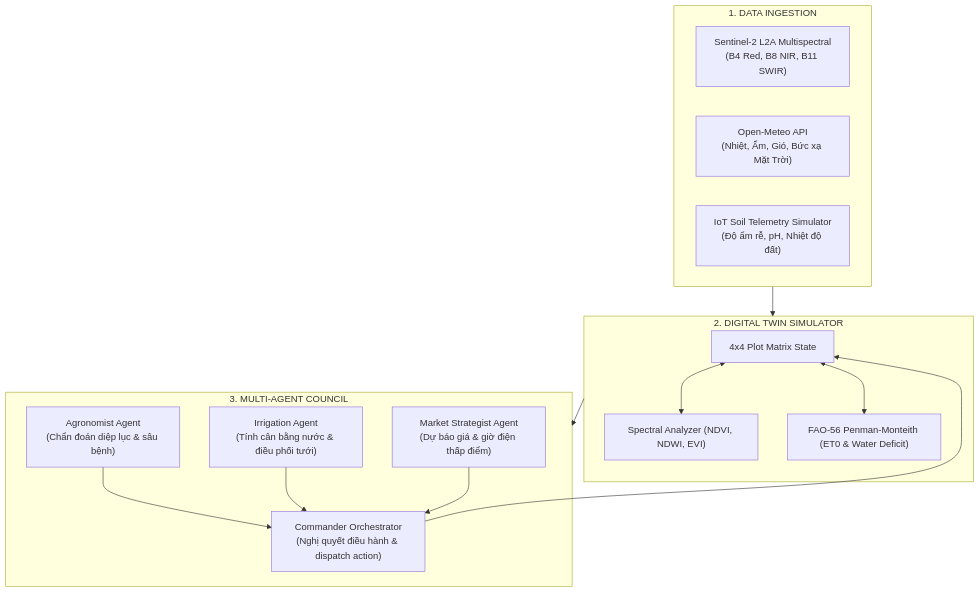
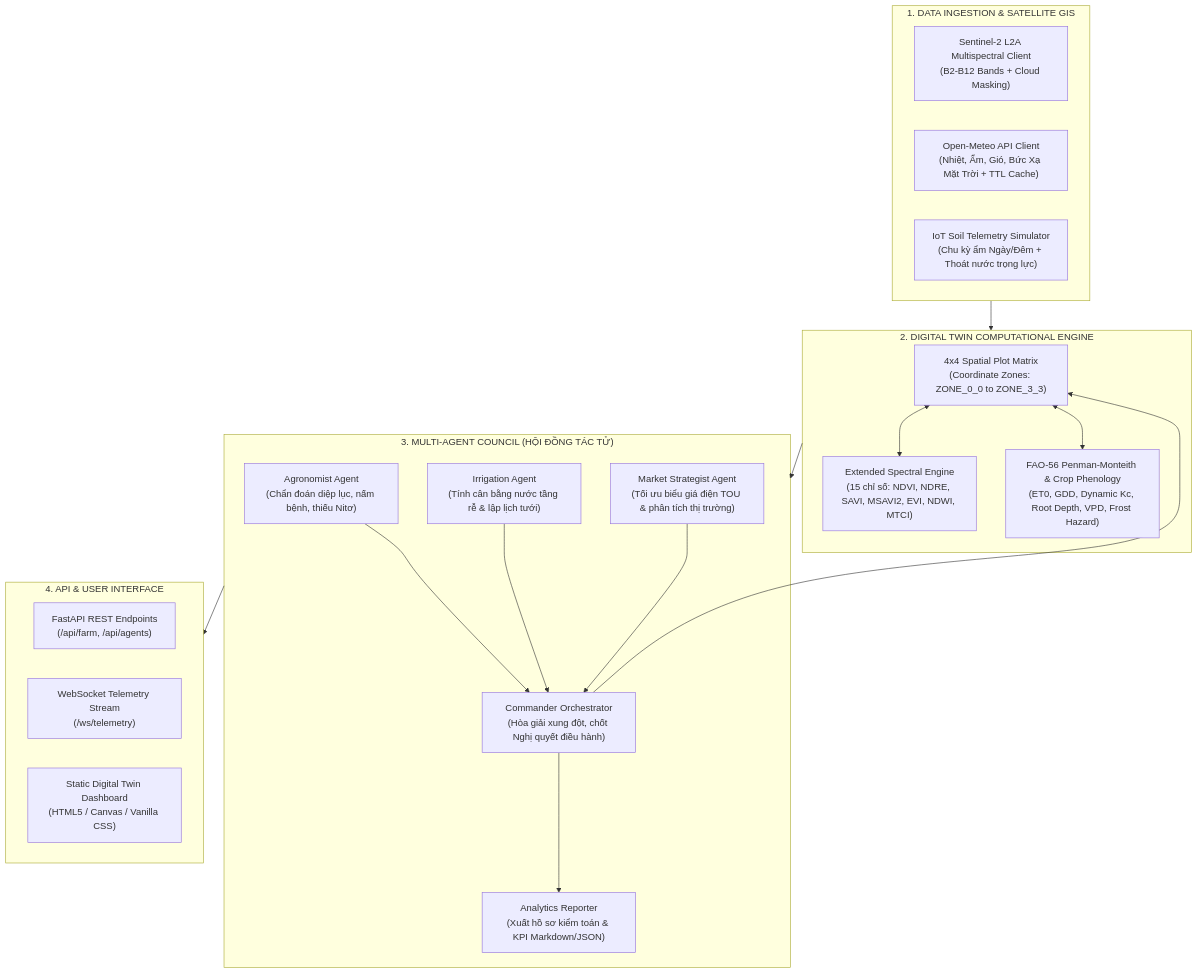
Before and after one commit to BaoNguyenz/farm_com: the diagram in README.md, drawn with Mermaid. The commit also changed other lines of this file and 17 other files, not shown here.

````diff
--- a/README.md
+++ b/README.md
@@ -10,31 +16,40 @@
 ```mermaid
 flowchart TB
-    subgraph DataLayer ["1. DATA INGESTION"]
-        S2["Sentinel-2 L2A Multispectral\n(B4 Red, B8 NIR, B11 SWIR)"]
-        Weather["Open-Meteo API\n(Nhiệt, Ẩm, Gió, Bức xạ Mặt Trời)"]
-        Sensors["IoT Soil Telemetry Simulator\n(Độ ẩm rễ, pH, Nhiệt độ đất)"]
+    subgraph DataLayer ["1. DATA INGESTION & SATELLITE GIS"]
+        S2["Sentinel-2 L2A Multispectral Client\n(B2-B12 Bands + Cloud Masking)"]
+        Weather["Open-Meteo API Client\n(Nhiệt, Ẩm, Gió, Bức Xạ Mặt Trời + TTL Cache)"]
+        Sensors["IoT Soil Telemetry Simulator\n(Chu kỳ ẩm Ngày/Đêm + Thoát nước trọng lực)"]
     end
 
-    subgraph TwinEngine ["2. DIGITAL TWIN SIMULATOR"]
-        Grid["4x4 Plot Matrix State"]
-        NDVI_Calc["Spectral Analyzer (NDVI, NDWI, EVI)"]
-        BioModel["FAO-56 Penman-Monteith (ET0 & Water Deficit)"]
+    subgraph TwinEngine ["2. DIGITAL TWIN COMPUTATIONAL ENGINE"]
+        Grid["4x4 Spatial Plot Matrix\n(Coordinate Zones: ZONE_0_0 to ZONE_3_3)"]
+        SpectralEngine["Extended Spectral Engine\n(15 chỉ số: NDVI, NDRE, SAVI, MSAVI2, EVI, NDWI, MTCI)"]
+        BioModel["FAO-56 Penman-Monteith & Crop Phenology\n(ET0, GDD, Dynamic Kc, Root Depth, VPD, Frost Hazard)"]
         Grid <--> BioModel
-        Grid <--> NDVI_Calc
+        Grid <--> SpectralEngine
     end
 
-    subgraph AgentSwarm ["3. MULTI-AGENT COUNCIL"]
-        Doctor["Agronomist Agent\n(Chẩn đoán diệp lục & sâu bệnh)"]
-        Irrigator["Irrigation Agent\n(Tính cân bằng nước & điều phối tưới)"]
-        Trader["Market Strategist Agent\n(Dự báo giá & giờ điện thấp điểm)"]
-        Commander["Commander Orchestrator\n(Nghị quyết điều hành & dispatch action)"]
+    subgraph AgentSwarm ["3. MULTI-AGENT COUNCIL (HỘI ĐỒNG TÁC TỬ)"]
+        Doctor["Agronomist Agent\n(Chẩn đoán diệp lục, nấm bệnh, thiếu Nitơ)"]
+        Irrigator["Irrigation Agent\n(Tính cân bằng nước tầng rễ & lập lịch tưới)"]
+        Trader["Market Strategist Agent\n(Tối ưu biểu giá điện TOU & phân tích thị trường)"]
+        Commander["Commander Orchestrator\n(Hòa giải xung đột, chốt Nghị quyết điều hành)"]
+        Reporter["Analytics Reporter\n(Xuất hồ sơ kiểm toán & KPI Markdown/JSON)"]
         
         Doctor --> Commander
         Irrigator --> Commander
         Trader --> Commander
+        Commander --> Reporter
+        Commander --> Grid
+    end
+
+    subgraph DeliveryLayer ["4. API & USER INTERFACE"]
+        FastAPI_App["FastAPI REST Endpoints\n(/api/farm, /api/agents)"]
+        WebSockets["WebSocket Telemetry Stream\n(/ws/telemetry)"]
+        UI["Static Digital Twin Dashboard\n(HTML5 / Canvas / Vanilla CSS)"]
     end
 
     DataLayer --> TwinEngine
     TwinEngine --> AgentSwarm
-    Commander --> Grid
+    AgentSwarm --> DeliveryLayer
 ```
````
